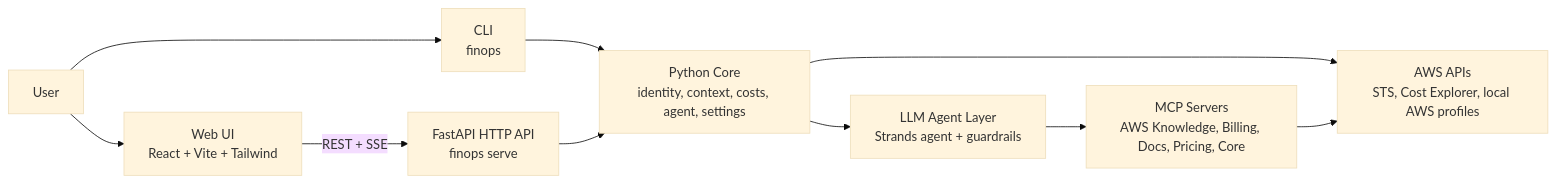
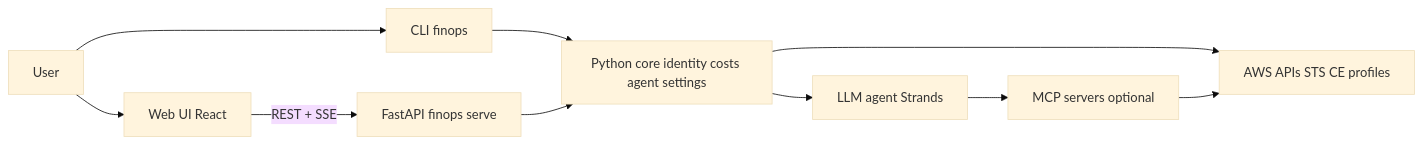
One commit to amalaguti/finops-buddy-agent changed the diagram in README.md. Above: the diagram before and after it, drawn with Mermaid (base theme). The commit also changed other lines of this file and 20 other files, not shown here.

````diff
--- a/README.md
+++ b/README.md
@@ -96,14 +44,14 @@
 ```mermaid
 flowchart LR
-    U[User] --> CLI[CLI<br/>finops]
-    U --> UI[Web UI<br/>React + Vite + Tailwind]
+  U[User] --> CLI[CLI finops]
+  U --> UI[Web UI React]
 
-    UI -->|REST + SSE| API[FastAPI HTTP API<br/>finops serve]
-    CLI --> CORE[Python Core<br/>identity, context, costs, agent, settings]
-    API --> CORE
+  UI -->|REST + SSE| API[FastAPI finops serve]
+  CLI --> CORE[Python core identity costs agent settings]
+  API --> CORE
 
-    CORE --> AGENT[LLM Agent Layer<br/>Strands agent + guardrails]
-    AGENT --> MCP[MCP Servers<br/>AWS Knowledge, Billing, Docs, Pricing, Core]
-    CORE --> AWS[AWS APIs<br/>STS, Cost Explorer, local AWS profiles]
-    MCP --> AWS
+  CORE --> AGENT[LLM agent Strands]
+  AGENT --> MCP[MCP servers optional]
+  CORE --> AWS[AWS APIs STS CE profiles]
+  MCP --> AWS
 ```
````
